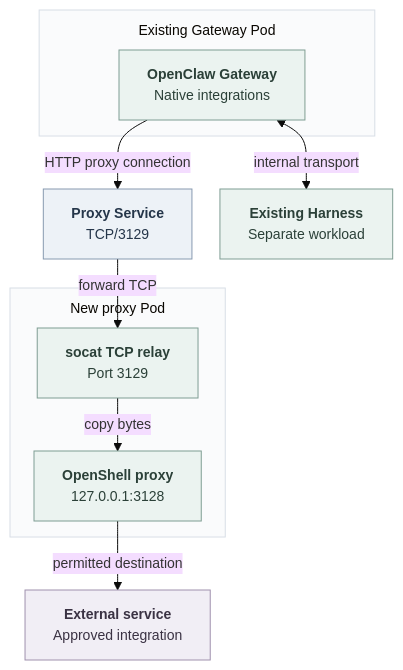
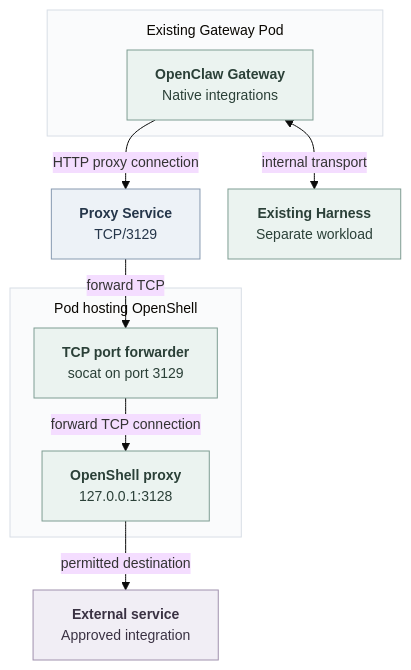
One commit to raw-labs/openclaw-enterprise changed the diagram in specs/rfcs/0024-gateway-outbound-proxy-reuse.md. Above: the diagram before and after it, drawn with Mermaid. The commit also changed other lines of this file, not shown here.

Commit message:
docs: distinguish OpenShell proxy from its hosting Pod

````diff
--- a/specs/rfcs/0024-gateway-outbound-proxy-reuse.md
+++ b/specs/rfcs/0024-gateway-outbound-proxy-reuse.md
@@ -39,40 +39,40 @@
 ```mermaid
 ---
 config:
   theme: base
   htmlLabels: true
   themeVariables:
     fontSize: 14px
   flowchart:
     nodeSpacing: 28
     rankSpacing: 32
     padding: 14
     subGraphTitleMargin:
       top: 10
       bottom: 14
 ---
 flowchart TB
   subgraph GatewayPod["Existing Gateway Pod"]
     G["<b>OpenClaw Gateway</b><br/>Native integrations"]
   end
   S["<b>Proxy Service</b><br/>TCP/3129"]
-  subgraph ProxyPod["New proxy Pod"]
-    R["<b>socat TCP relay</b><br/>Port 3129"]
+  subgraph ProxyPod["Pod hosting OpenShell"]
+    R["<b>TCP port forwarder</b><br/>socat on port 3129"]
     P["<b>OpenShell proxy</b><br/>127.0.0.1:3128"]
-    R -->|copy bytes| P
+    R -->|forward TCP connection| P
   end
   E["<b>External service</b><br/>Approved integration"]
   H["<b>Existing Harness</b><br/>Separate workload"]
   G -->|HTTP proxy connection| S
   S -->|forward TCP| R
   P -->|permitted destination| E
   G <-->|internal transport| H
   classDef workload fill:#EBF3F0,stroke:#7F9D93,color:#2B4038,stroke-width:1px
   classDef endpoint fill:#EDF2F7,stroke:#879AB0,color:#25364A,stroke-width:1px
   classDef external fill:#F1EEF5,stroke:#A091AD,color:#3A3243,stroke-width:1px
   class G,R,P,H workload
   class S endpoint
   class E external
   style GatewayPod fill:#FAFBFC,stroke:#D8DEE6,stroke-width:1px
   style ProxyPod fill:#FAFBFC,stroke:#D8DEE6,stroke-width:1px
 ```
````
